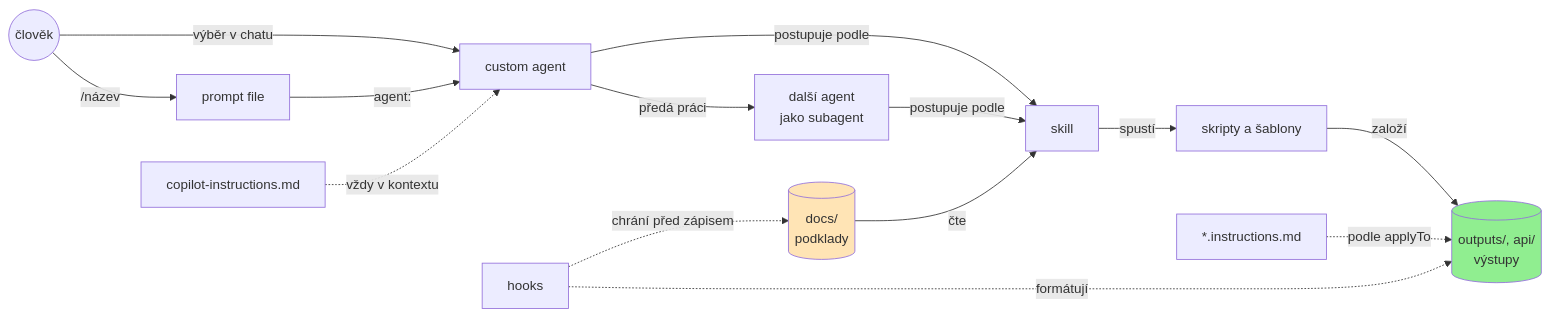
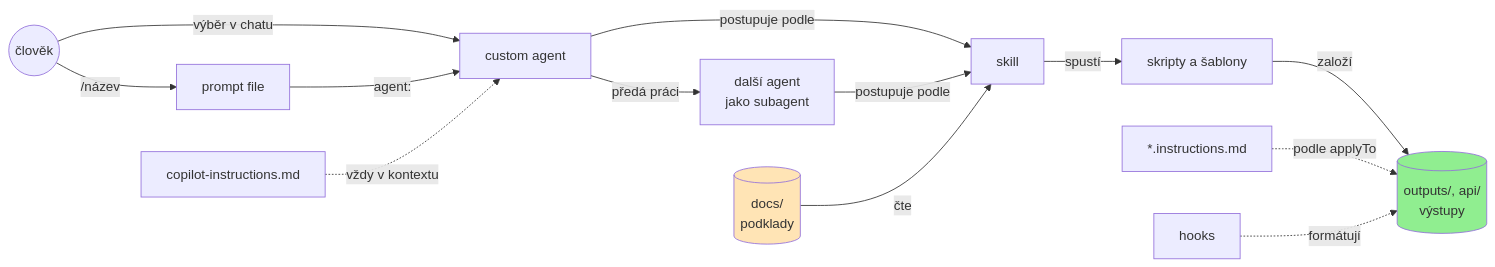
The first of 2 diagrams in README.md (DXHeroes/github-copilot-workshop), drawn with Mermaid before and after one commit. The commit also changed other lines of this file and 6 other files, not shown here.

````diff
--- a/README.md
+++ b/README.md
@@ -37,20 +37,19 @@
 ```mermaid
 graph LR
     Clovek((člověk)) -->|"/název"| Prompt["prompt file"]
     Clovek -->|"výběr v chatu"| Agent
     Prompt -->|"agent:"| Agent["custom agent"]
     Agent -->|"předá práci"| Sub["další agent<br/>jako subagent"]
     Agent -->|"postupuje podle"| Skill["skill"]
     Sub -->|"postupuje podle"| Skill
     Skill -->|"spustí"| Skript["skripty a šablony"]
     Docs[("docs/<br/>podklady")] -->|"čte"| Skill
     Skript -->|"založí"| Vystup[("outputs/, api/<br/>výstupy")]
 
     Instr["copilot-instructions.md"] -.->|"vždy v kontextu"| Agent
     PInstr["*.instructions.md"] -.->|"podle applyTo"| Vystup
-    Hook["hooks"] -.->|"chrání před zápisem"| Docs
-    Hook -.->|"formátují"| Vystup
+    Hook["hooks"] -.->|"formátují"| Vystup
 
     style Docs fill:#FFE4B5
     style Vystup fill:#90EE90
 ```
````
